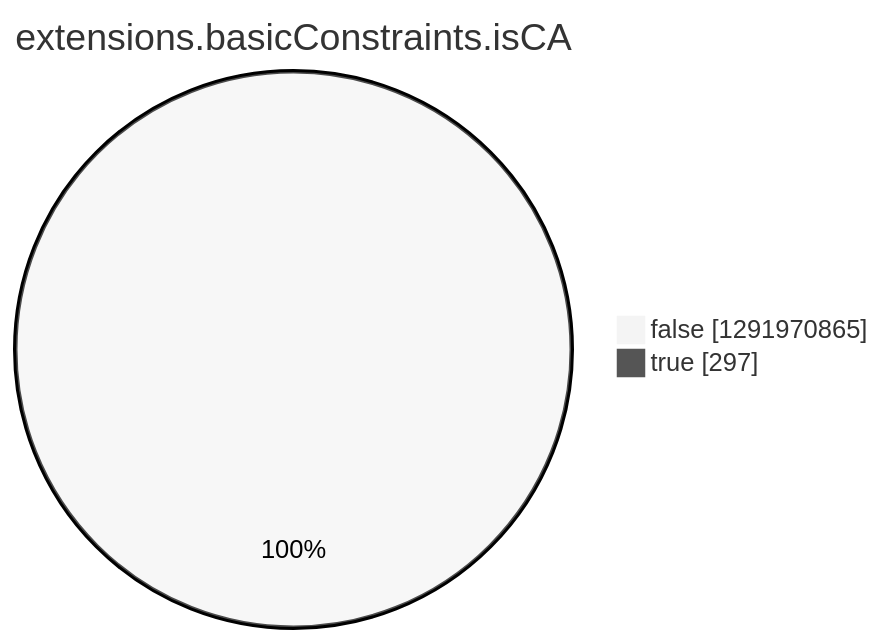
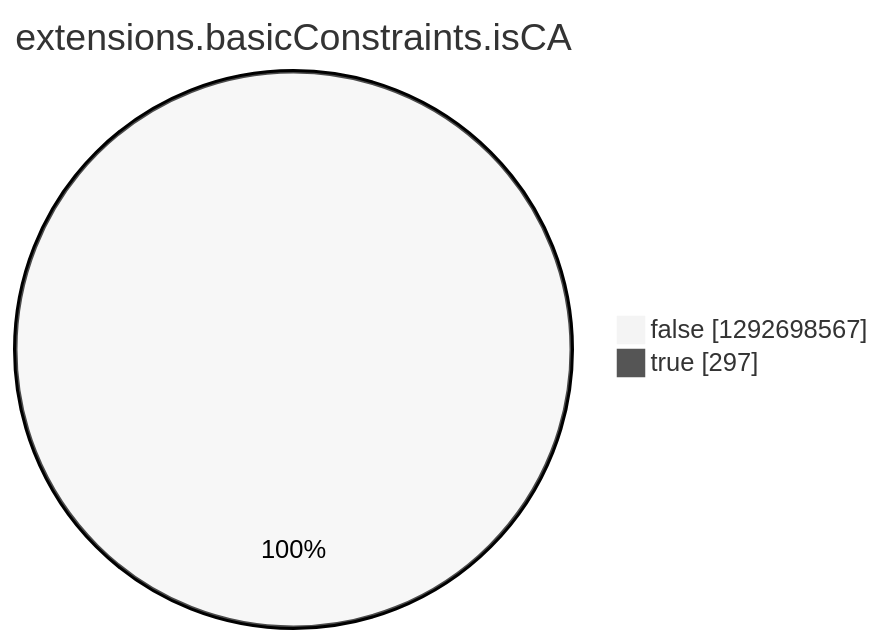
The eighth of 15 diagrams in argon2022/README.md (christiankrug/ctmonitor_visualization), drawn with Mermaid (neutral theme) before and after one commit. The commit also changed other lines of this file, not shown here.

````diff
--- a/argon2022/README.md
+++ b/argon2022/README.md
@@ -2756,6 +2756,6 @@
 ```mermaid
 pie showData
 title extensions.basicConstraints.isCA
-"false" :1291970865
+"false" :1292698567
 "true" :297
 ```
````
